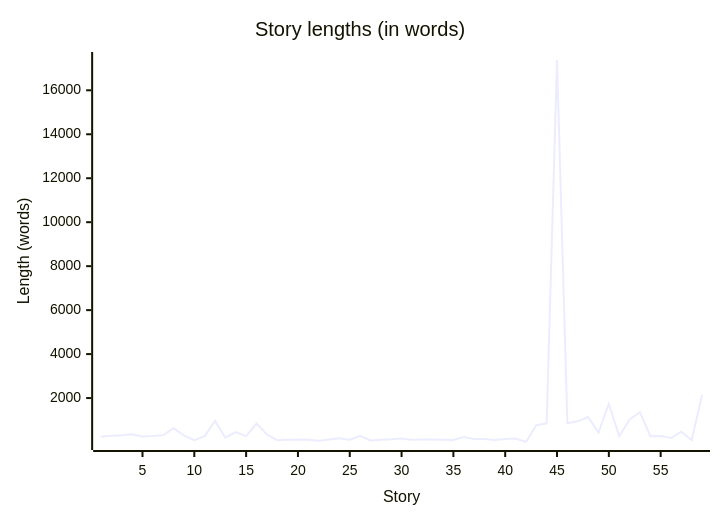
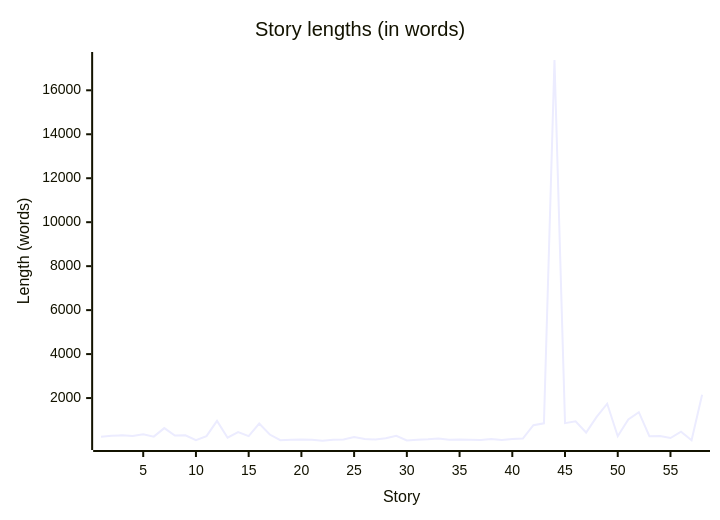
One commit to g-ongenae/blog changed the second of 2 diagrams in content/tell/_index.md. Above: the diagram before and after it, drawn with Mermaid. The commit also changed other lines of this file and 1 other file, not shown here.

````diff
--- a/content/tell/_index.md
+++ b/content/tell/_index.md
@@ -269,7 +268,7 @@
 ```mermaid
 xychart-beta
   title "Story lengths (in words)"
-  x-axis "Story" 1 --> 59
+  x-axis "Story" 1 --> 58
   y-axis "Length (words)" 1 --> 17378
-  line [243, 281, 303, 348, 246, 270, 306, 633, 298, 80, 267, 963, 195, 450, 267, 842, 341, 83, 102, 116, 107, 57, 118, 170, 101, 285, 73, 99, 121, 163, 100, 115, 119, 103, 92, 231, 133, 132, 89, 138, 155, 4, 767, 851, 17378, 857, 942, 1140, 431, 1741, 264, 1023, 1356, 265, 269, 181, 473, 83, 2154]
+  line [243, 281, 303, 270, 348, 246, 633, 298, 306, 80, 267, 963, 195, 450, 267, 842, 341, 83, 102, 116, 107, 57, 101, 115, 231, 133, 118, 170, 285, 73, 99, 121, 163, 100, 119, 103, 92, 132, 89, 138, 155, 767, 851, 17378, 857, 942, 431, 1140, 1741, 264, 1023, 1356, 265, 269, 181, 473, 83, 2154]
 ```
````
